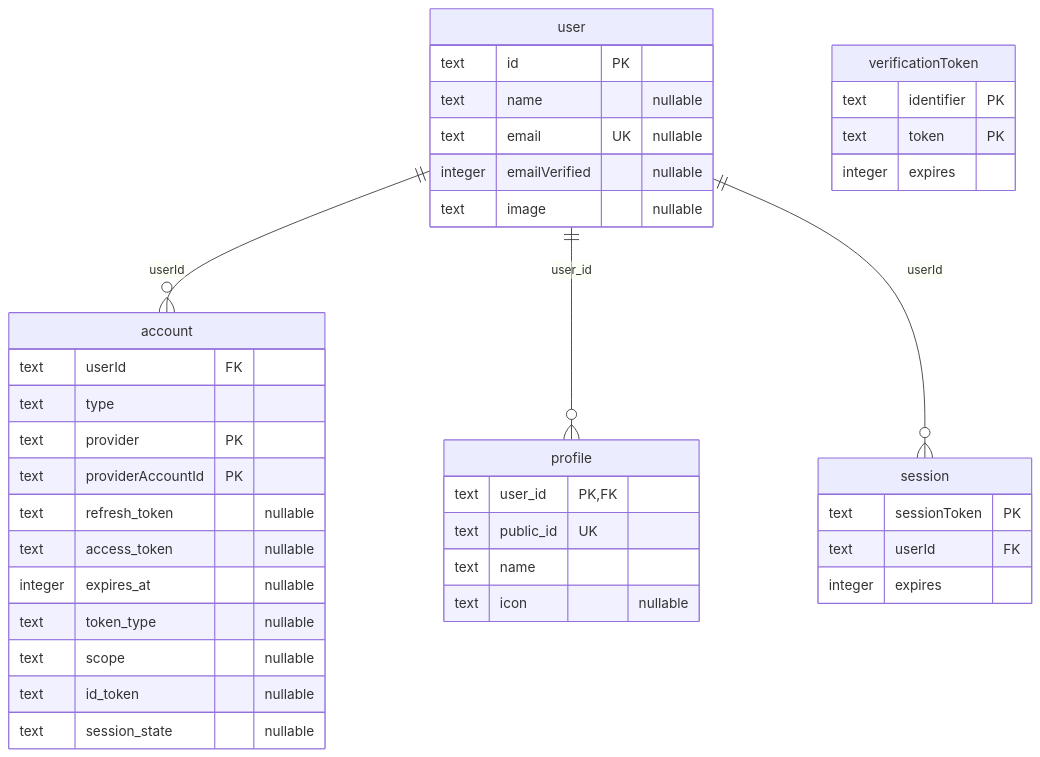
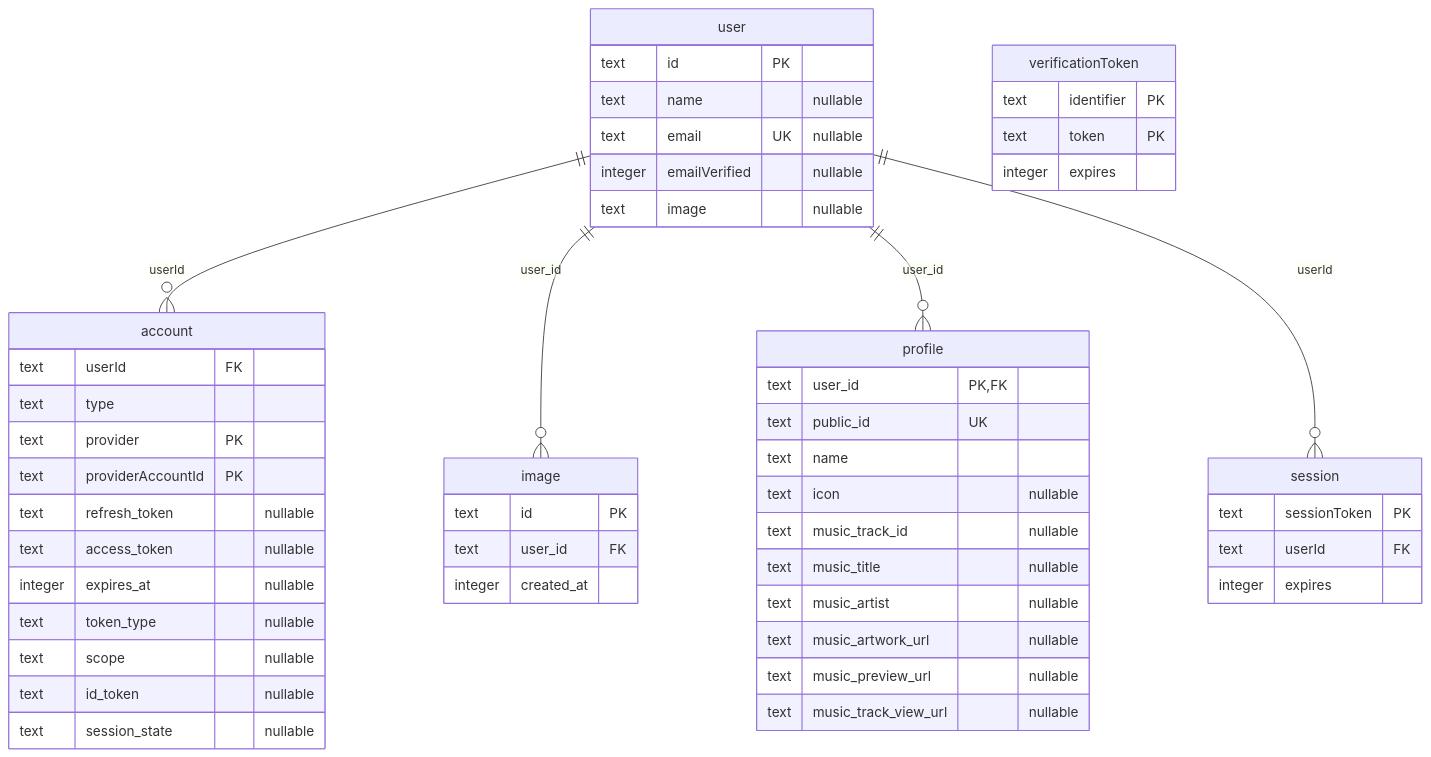
The diagram in docs/er.md (nito-008/oheya), drawn with Mermaid before and after one commit. The commit also changed 7 other files, not shown here.

Commit message:
feat: track image ownership

````diff
--- a/docs/er.md
+++ b/docs/er.md
@@ -6,42 +6,54 @@
 ```mermaid
 erDiagram
   account {
     text userId FK
     text type
     text provider PK
     text providerAccountId PK
     text refresh_token "nullable"
     text access_token "nullable"
     integer expires_at "nullable"
     text token_type "nullable"
     text scope "nullable"
     text id_token "nullable"
     text session_state "nullable"
   }
+  image {
+    text id PK
+    text user_id FK
+    integer created_at
+  }
   profile {
     text user_id PK,FK
     text public_id UK
     text name
     text icon "nullable"
+    text music_track_id "nullable"
+    text music_title "nullable"
+    text music_artist "nullable"
+    text music_artwork_url "nullable"
+    text music_preview_url "nullable"
+    text music_track_view_url "nullable"
   }
   session {
     text sessionToken PK
     text userId FK
     integer expires
   }
   user {
     text id PK
     text name "nullable"
     text email UK "nullable"
     integer emailVerified "nullable"
     text image "nullable"
   }
   verificationToken {
     text identifier PK
     text token PK
     integer expires
   }
   user ||--o{ account : "userId"
+  user ||--o{ image : "user_id"
   user ||--o{ profile : "user_id"
   user ||--o{ session : "userId"
 ```
````
